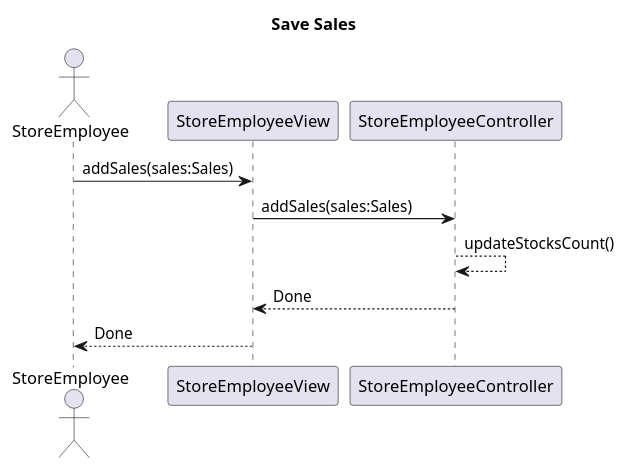
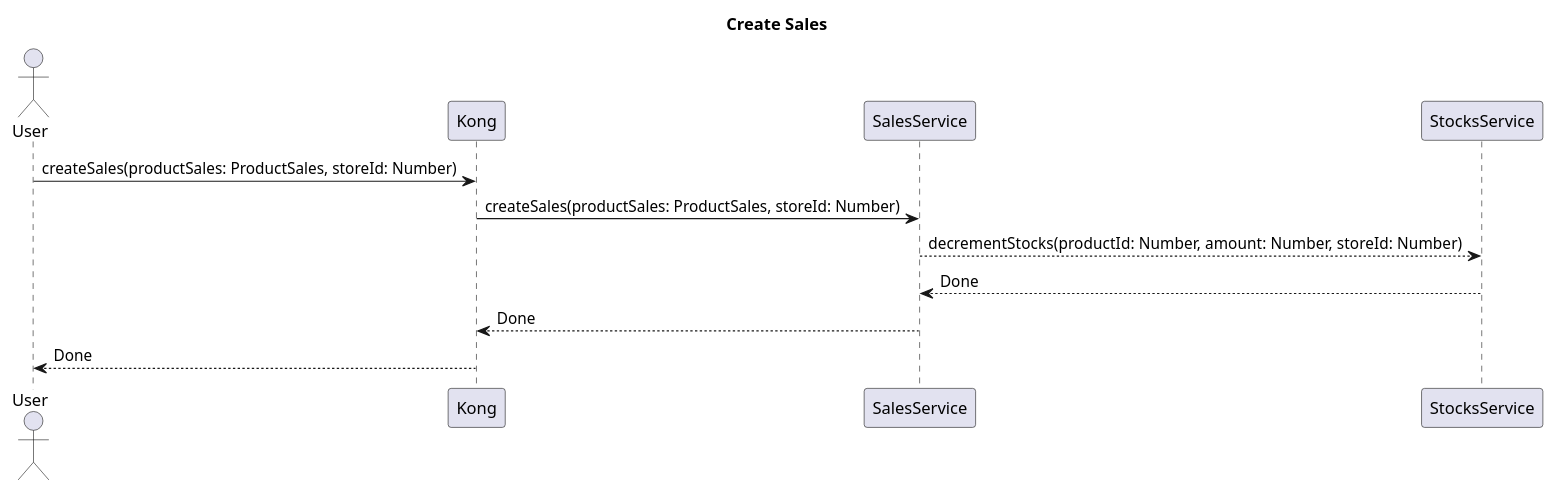
One commit to ThePhobosDeimosSuite/laboratoire-0_log430 changed the diagram in docs/UML/process/sales/create-sales.puml. Above: the diagram before and after it, drawn with PlantUML. The commit also changed 21 other files, not shown here.

```diff
--- a/docs/UML/process/sales/create-sales.puml
+++ b/docs/UML/process/sales/create-sales.puml
@@ -1,10 +1,11 @@
-@startuml save-sales
-title Save Sales
-actor StoreEmployee
+@startuml create-sales
+title Create Sales
+actor User
 
-StoreEmployee -> StoreEmployeeView : addSales(sales:Sales)
-StoreEmployeeView -> StoreEmployeeController : addSales(sales:Sales)
-StoreEmployeeController --> StoreEmployeeController : updateStocksCount()
-StoreEmployeeController --> StoreEmployeeView : Done
-StoreEmployeeView --> StoreEmployee : Done
+User -> Kong : createSales(productSales: ProductSales, storeId: Number)
+Kong -> SalesService : createSales(productSales: ProductSales, storeId: Number)
+SalesService --> StocksService : decrementStocks(productId: Number, amount: Number, storeId: Number)
+StocksService --> SalesService : Done
+SalesService --> Kong : Done
+Kong --> User : Done
 @enduml
```
